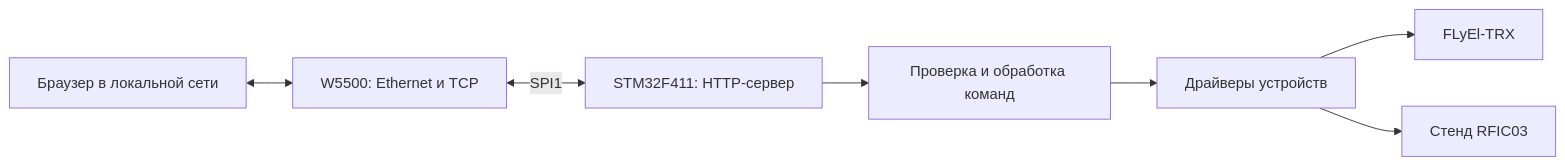
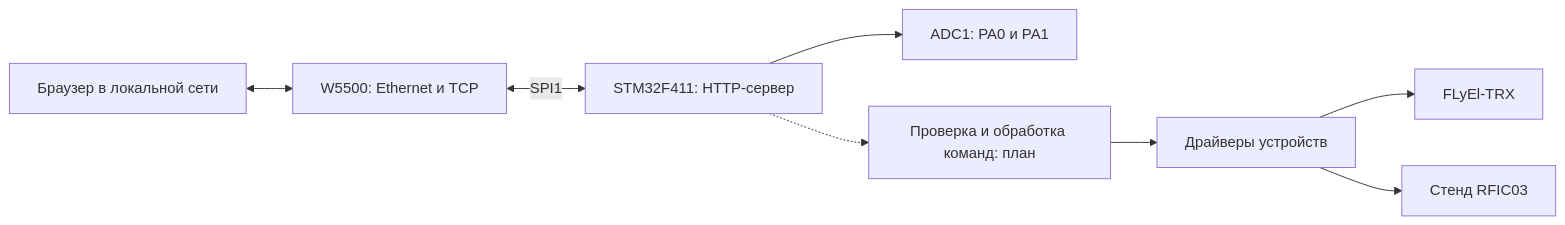
The diagram in documentation/ARCHITECTURE.md (TheGreatTemplar/STM32F411-W5500), drawn with Mermaid before and after one commit. The commit also changed other lines of this file and 38 other files, not shown here.

````diff
--- a/documentation/ARCHITECTURE.md
+++ b/documentation/ARCHITECTURE.md
@@ -5,9 +6,10 @@
 ```mermaid
 flowchart LR
     Browser[Браузер в локальной сети] <--> W5500[W5500: Ethernet и TCP]
     W5500 <-->|SPI1| Server[STM32F411: HTTP-сервер]
-    Server --> Commands[Проверка и обработка команд]
+    Server --> ADC[ADC1: PA0 и PA1]
+    Server -.-> Commands[Проверка и обработка команд: план]
     Commands --> Drivers[Драйверы устройств]
     Drivers --> TRX[FLyEl-TRX]
     Drivers --> RFIC[Стенд RFIC03]
 ```
````
